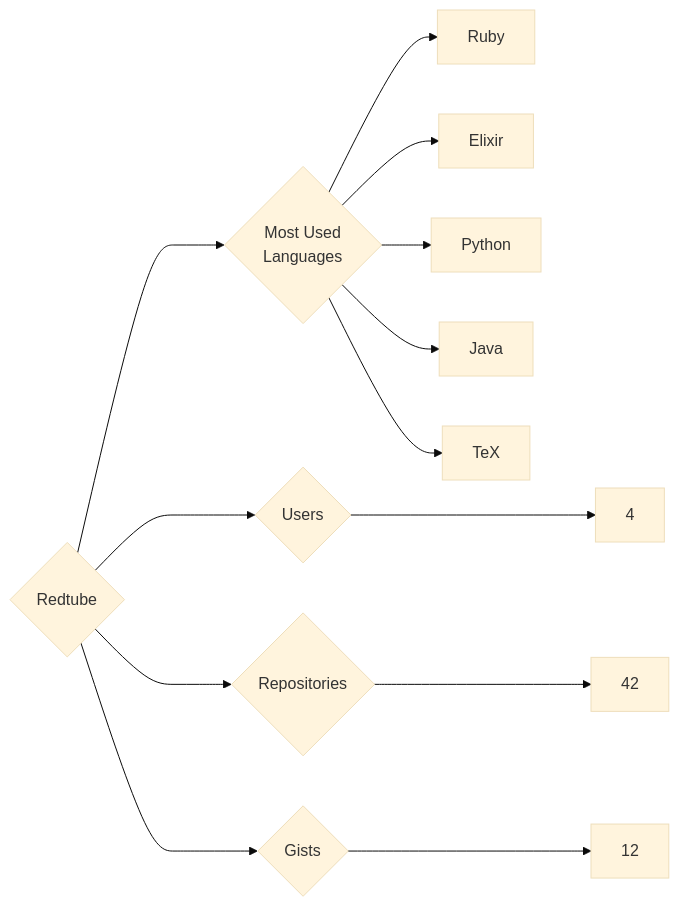
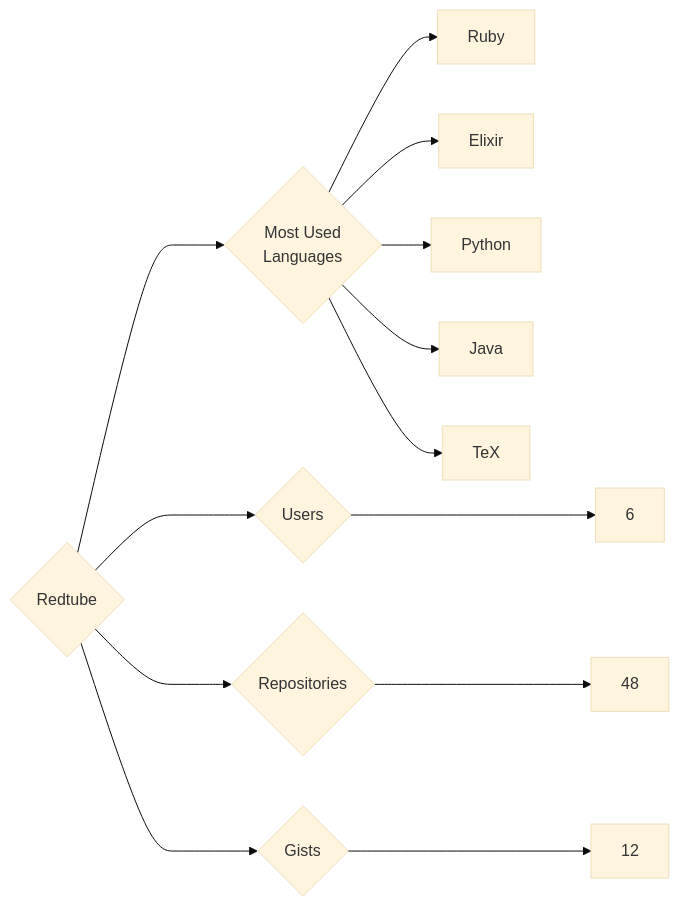
The diagram in targets/Redtube/README.md (trickest/insiders), drawn with Mermaid (base theme) before and after one commit. The commit also changed 748 other files, not shown here.

````diff
--- a/targets/Redtube/README.md
+++ b/targets/Redtube/README.md
@@ -3,13 +3,13 @@
 ```mermaid
 graph LR
 COMPANY_NAME{Redtube}
-COMPANY_NAME ---> U{Users} ---> UN[4]
-COMPANY_NAME ---> R{Repositories} ---> RN[42]
+COMPANY_NAME ---> U{Users} ---> UN[6]
+COMPANY_NAME ---> R{Repositories} ---> RN[48]
 COMPANY_NAME ---> G{Gists} ---> GN[12]
 COMPANY_NAME ---> ML{Most Used<br>Languages}
 ML --> Ruby[Ruby]
 ML --> Elixir[Elixir]
 ML --> Python[Python]
 ML --> Java[Java]
 ML --> TeX[TeX]
 ```
````
